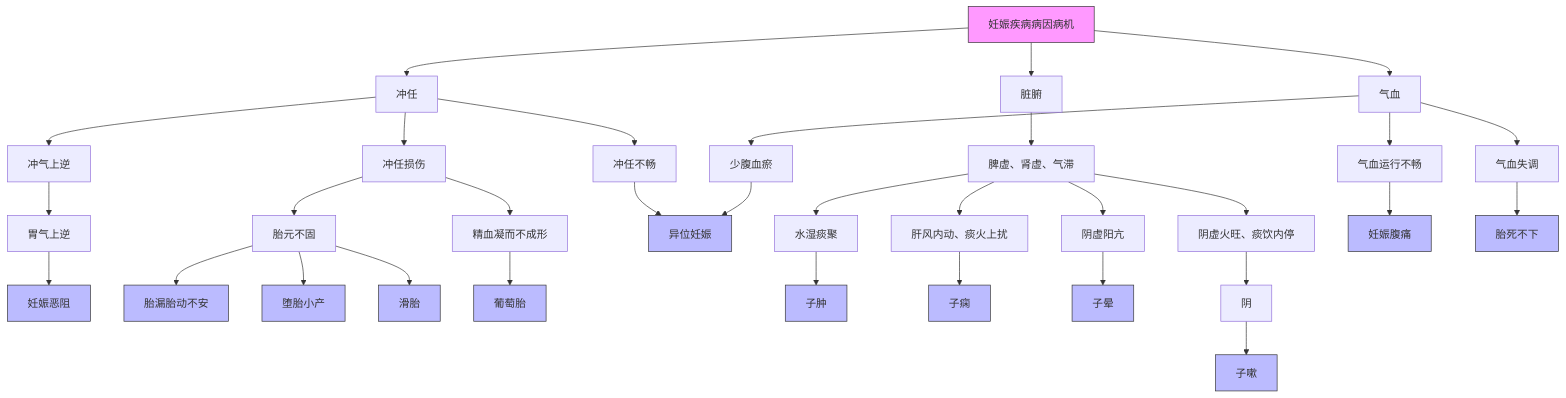
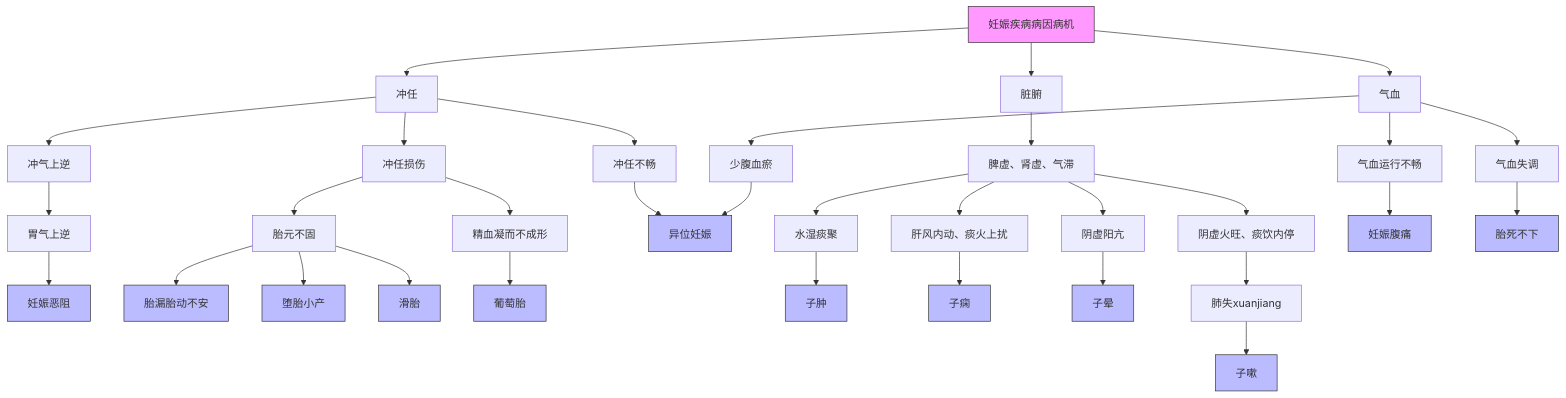
Before and after one commit to lili23755/iodraw-files: the diagram in all/未命名.md, drawn with Mermaid.

Commit message:
2025-04-04 11:16:16 update

````diff
--- a/all/未命名.md
+++ b/all/未命名.md
@@ -1,35 +1,35 @@
 ```mermaid
 flowchart TD
     A[妊娠疾病病因病机] --> B[冲任]
     A --> C[脏腑]
     A --> D[气血]
     
     B --> B1[冲气上逆]--> B1a[胃气上逆]--> 妊娠恶阻
     B --> B2[冲任损伤] --> B2a[胎元不固] -->胎漏胎动不安 & 堕胎小产 & 滑胎
     B2[冲任损伤] --> B2b[精血凝而不成形] -->葡萄胎 
     B --> B3[冲任不畅] --> 异位妊娠
     
     C --> C1[脾虚、肾虚、气滞] --> C1a[水湿痰聚] --> 子肿
     C1 --> C1b[肝风内动、痰火上扰] --> 子痫
     C1 --> C1c[阴虚阳亢] --> 子晕
-    C1 --> C1d[阴虚火旺、痰饮内停]--> C1d1[阴] --> 子嗽
+    C1 --> C1d[阴虚火旺、痰饮内停]--> C1d1[肺失xuanjiang] --> 子嗽
     
     D --> D1[气血运行不畅] --> 妊娠腹痛
     D --> D2[气血失调] --> 胎死不下
     D --> D3[少腹血瘀] --> 异位妊娠
 
     style A fill:#f9f,stroke:#333
     style 妊娠恶阻 fill:#bbf,stroke:#333
     style 堕胎小产 fill:#bbf,stroke:#333
     style 滑胎 fill:#bbf,stroke:#333
     style 异位妊娠 fill:#bbf,stroke:#333
     style 子肿 fill:#bbf,stroke:#333
     style 子痫 fill:#bbf,stroke:#333
     style 胎漏胎动不安 fill:#bbf,stroke:#333
     style 胎死不下 fill:#bbf,stroke:#333
     style 妊娠腹痛 fill:#bbf,stroke:#333
     style 葡萄胎 fill:#bbf,stroke:#333
     style 子晕 fill:#bbf,stroke:#333
     style 子嗽 fill:#bbf,stroke:#333
 	  
 ```
````
